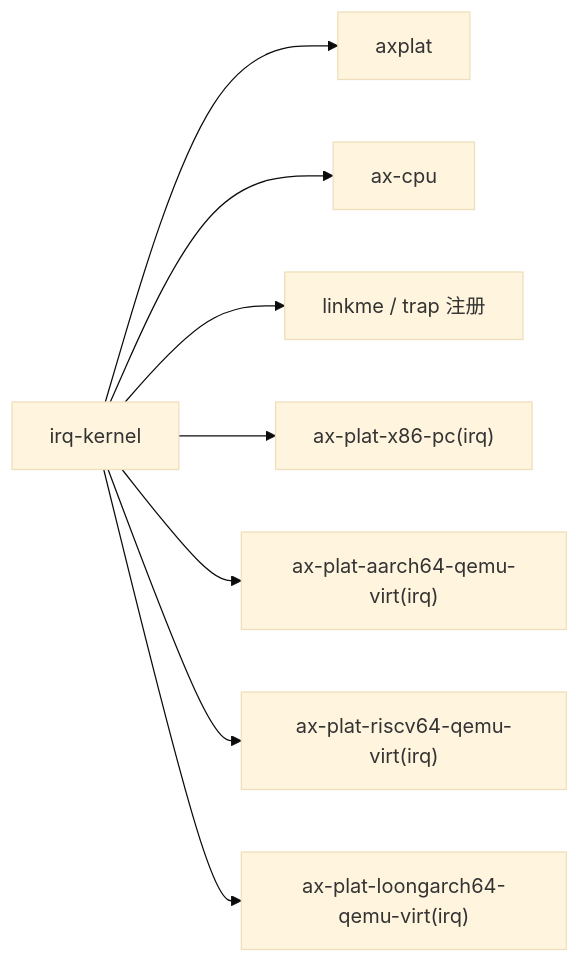
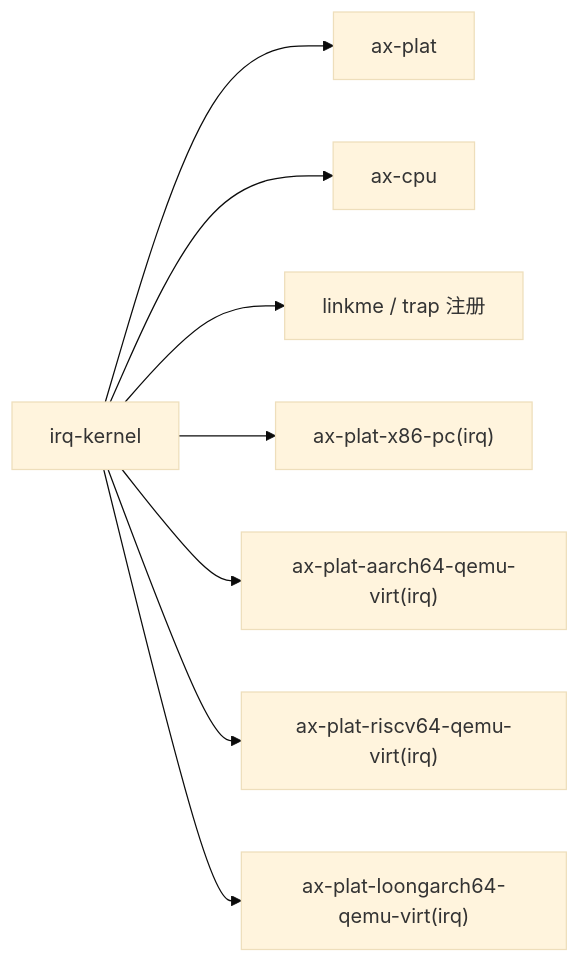
One commit to zKurisu/tgoskits changed the second of 2 diagrams in docs/crates/irq-kernel.md. Above: the diagram before and after it, drawn with Mermaid (base theme). The commit also changed other lines of this file and 199 other files, not shown here.

Commit message:
rename axplat to ax-plat

````diff
--- a/docs/crates/irq-kernel.md
+++ b/docs/crates/irq-kernel.md
@@ -82,10 +82,10 @@
 ```mermaid
 graph LR
-    sample["irq-kernel"] --> axplat["axplat"]
+    sample["irq-kernel"] --> axplat["ax-plat"]
     sample --> ax-cpu["ax-cpu"]
     sample --> linkme["linkme / trap 注册"]
     sample --> x86["ax-plat-x86-pc(irq)"]
     sample --> a64["ax-plat-aarch64-qemu-virt(irq)"]
     sample --> rv["ax-plat-riscv64-qemu-virt(irq)"]
     sample --> loong["ax-plat-loongarch64-qemu-virt(irq)"]
 ```
````
